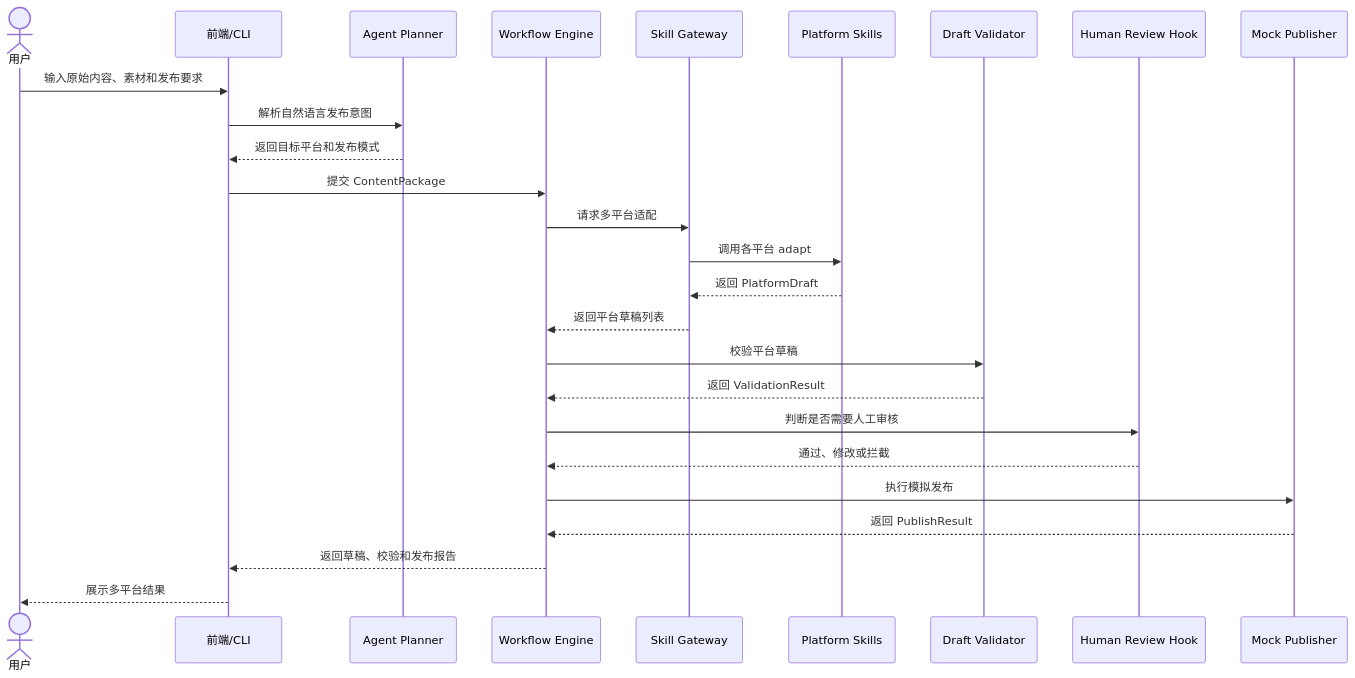
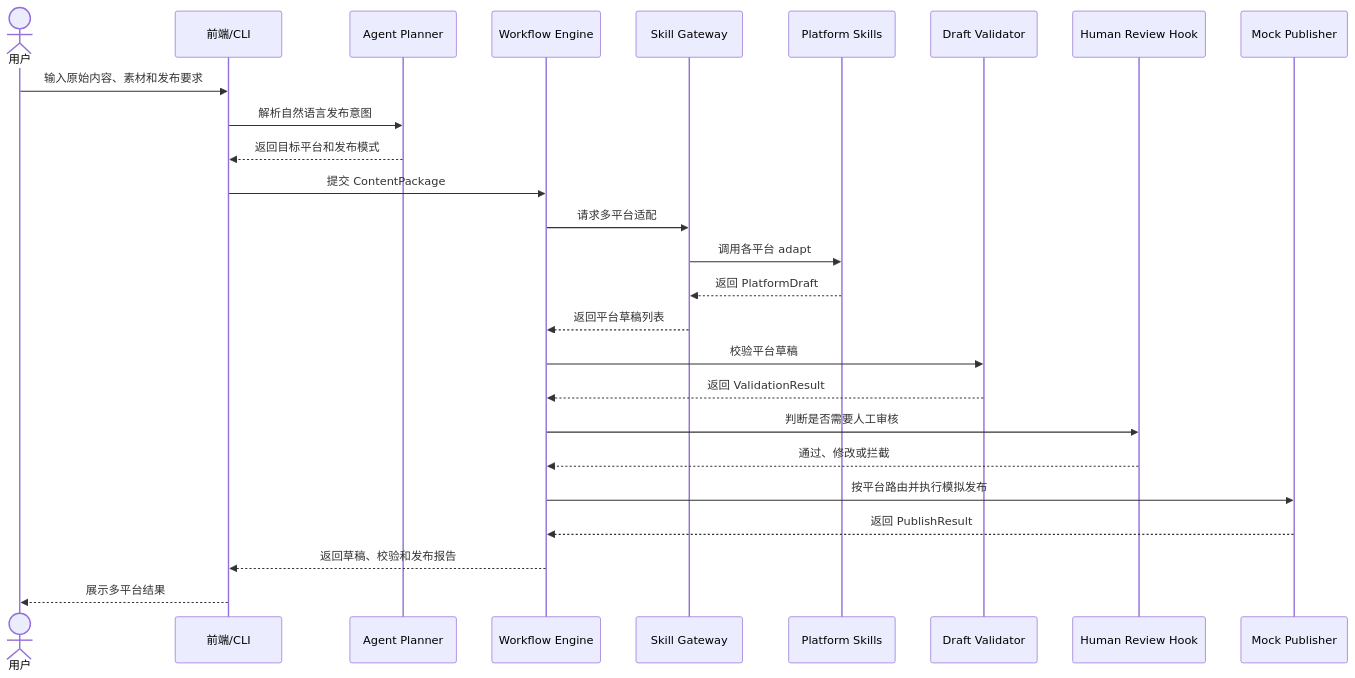
One commit to xyr723/content-flow-agent changed the first of 2 diagrams in docs/design/sequence-diagrams.md. Above: the diagram before and after it, drawn with Mermaid. The commit also changed other lines of this file and 11 other files, not shown here.

````diff
--- a/docs/design/sequence-diagrams.md
+++ b/docs/design/sequence-diagrams.md
@@ -5,29 +5,29 @@
 ```mermaid
 sequenceDiagram
     actor User as 用户
     participant UI as 前端/CLI
     participant Planner as Agent Planner
     participant Workflow as Workflow Engine
     participant Gateway as Skill Gateway
     participant Skill as Platform Skills
     participant Validator as Draft Validator
     participant Review as Human Review Hook
     participant Publisher as Mock Publisher
 
     User->>UI: 输入原始内容、素材和发布要求
     UI->>Planner: 解析自然语言发布意图
     Planner-->>UI: 返回目标平台和发布模式
     UI->>Workflow: 提交 ContentPackage
     Workflow->>Gateway: 请求多平台适配
     Gateway->>Skill: 调用各平台 adapt
     Skill-->>Gateway: 返回 PlatformDraft
     Gateway-->>Workflow: 返回平台草稿列表
     Workflow->>Validator: 校验平台草稿
     Validator-->>Workflow: 返回 ValidationResult
     Workflow->>Review: 判断是否需要人工审核
     Review-->>Workflow: 通过、修改或拦截
-    Workflow->>Publisher: 执行模拟发布
+    Workflow->>Publisher: 按平台路由并执行模拟发布
     Publisher-->>Workflow: 返回 PublishResult
     Workflow-->>UI: 返回草稿、校验和发布报告
     UI-->>User: 展示多平台结果
 ```
````
